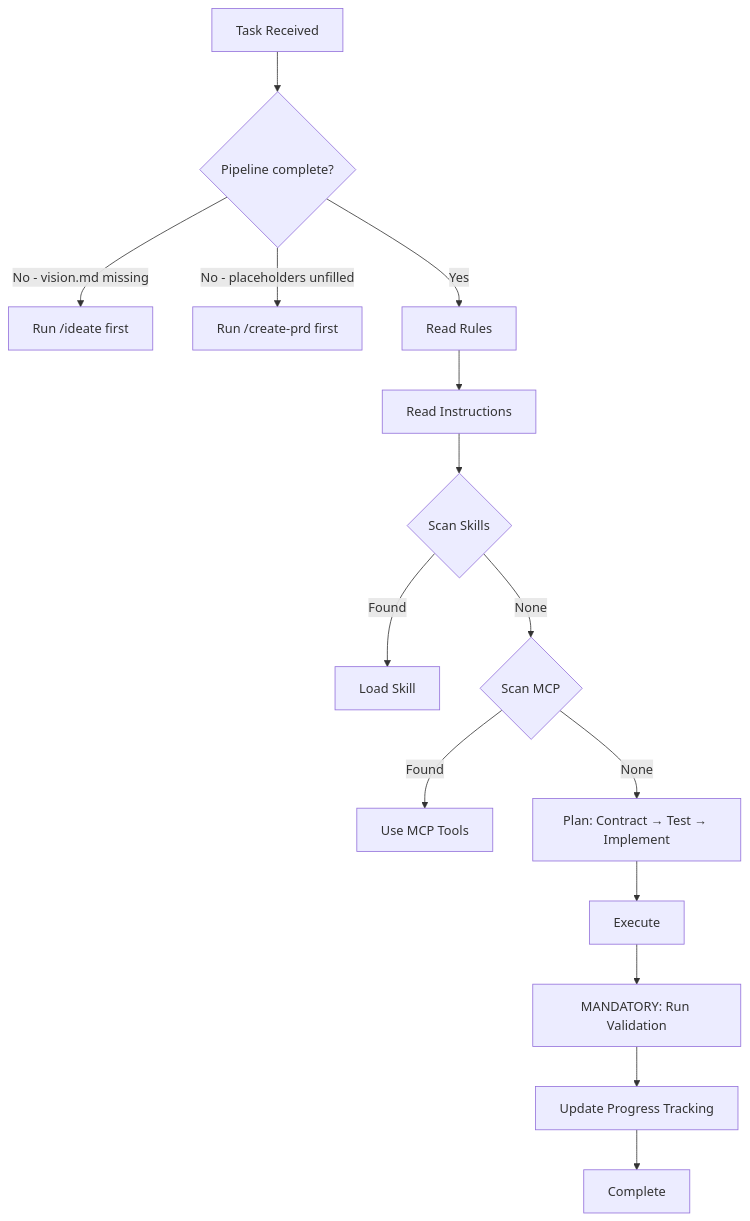
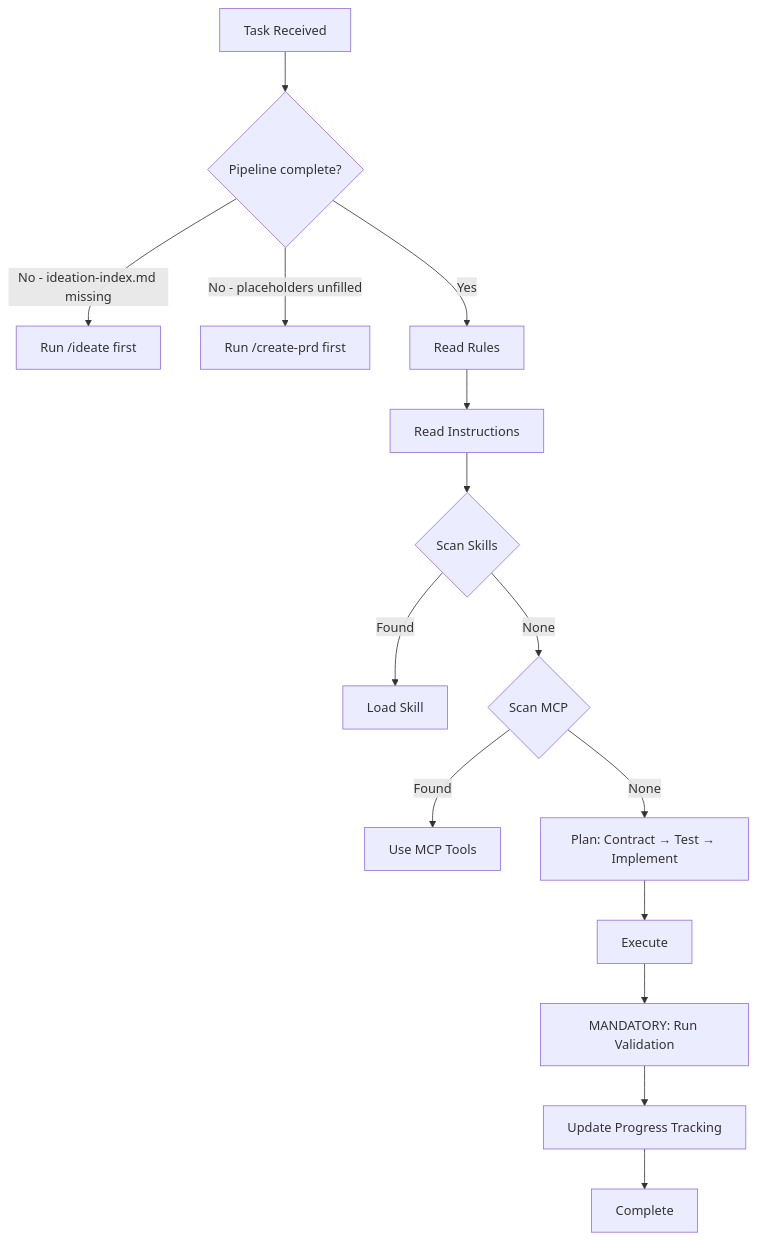
Before and after one commit to RepairYourTech/cfsa-antigravity: the diagram in GEMINI.md, drawn with Mermaid. The commit also changed other lines of this file and 37 other files, not shown here.

First line of the commit message:
refactor(ideation): overhaul /ideate workflow — recursive breadth-before-depth with Deep Think protocol

````diff
--- a/GEMINI.md
+++ b/GEMINI.md
@@ -157,17 +157,17 @@
 ```mermaid
 graph TD
     A[Task Received] --> B{Pipeline complete?}
-    B -->|No - vision.md missing| C[Run /ideate first]
+    B -->|No - ideation-index.md missing| C[Run /ideate first]
     B -->|No - placeholders unfilled| D[Run /create-prd first]
     B -->|Yes| E[Read Rules]
     E --> F[Read Instructions]
     F --> G{Scan Skills}
     G -->|Found| H[Load Skill]
     G -->|None| I{Scan MCP}
     I -->|Found| J[Use MCP Tools]
     I -->|None| K[Plan: Contract → Test → Implement]
     K --> L[Execute]
     L --> M[MANDATORY: Run Validation]
     M --> N[Update Progress Tracking]
     N --> O[Complete]
 ```
````
